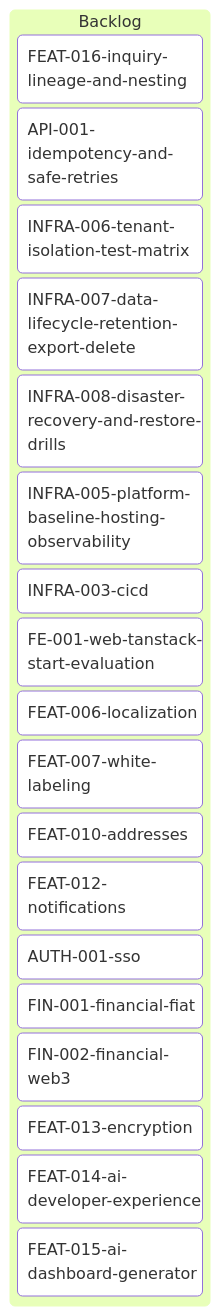
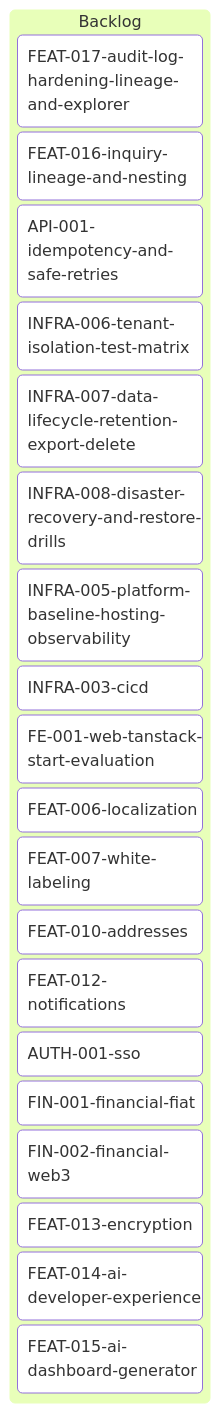
Before and after one commit to inixiative/template: the diagram in tickets/kanban-backlog.md, drawn with Mermaid. The commit also changed other lines of this file and 41 other files, not shown here.

Commit message:
feat: harden audit log lineage

````diff
--- a/tickets/kanban-backlog.md
+++ b/tickets/kanban-backlog.md
@@ -3,27 +3,28 @@
 ```mermaid
 ---
 config:
   kanban:
     ticketBaseUrl: 'https://github.com/yourorg/template/blob/main/tickets/#TICKET#'
 ---
 kanban
   Backlog
+    FEAT-017-audit-log-hardening-lineage-and-explorer
     FEAT-016-inquiry-lineage-and-nesting
     API-001-idempotency-and-safe-retries
     INFRA-006-tenant-isolation-test-matrix
     INFRA-007-data-lifecycle-retention-export-delete
     INFRA-008-disaster-recovery-and-restore-drills
     INFRA-005-platform-baseline-hosting-observability
     INFRA-003-cicd
     FE-001-web-tanstack-start-evaluation
     FEAT-006-localization
     FEAT-007-white-labeling
     FEAT-010-addresses
     FEAT-012-notifications
     AUTH-001-sso
     FIN-001-financial-fiat
     FIN-002-financial-web3
     FEAT-013-encryption
     FEAT-014-ai-developer-experience
     FEAT-015-ai-dashboard-generator
 ```
````
